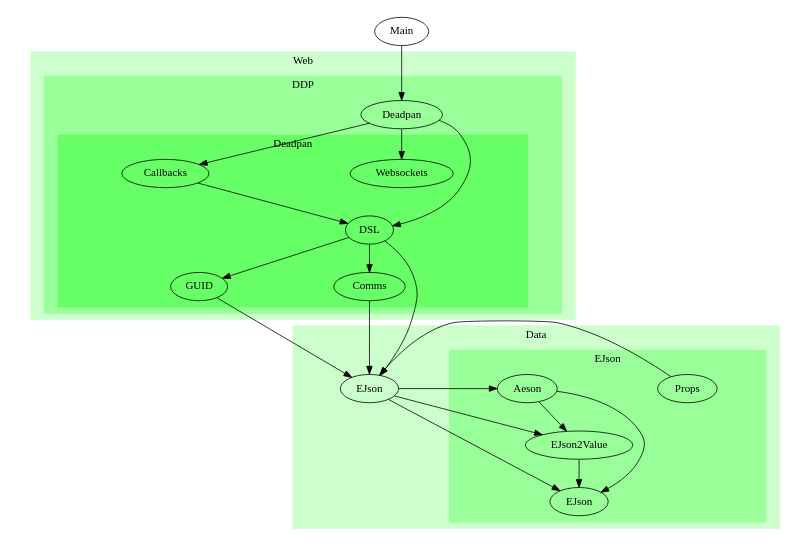
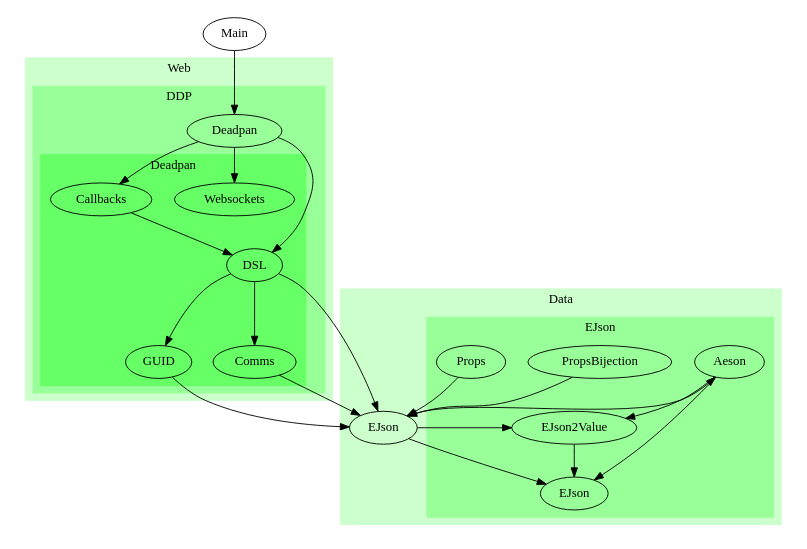
One commit to sordina/Deadpan-DDP changed the diagram in doc/modules.dot. Above: the diagram before and after it, drawn with Graphviz. The commit also changed 8 other files, not shown here.

```diff
--- a/doc/modules.dot
+++ b/doc/modules.dot
@@ -1,64 +1,66 @@
 digraph G {
 size="6,4";
 ratio="fill";
-u5[label="Main"];
+u6[label="Main"];
 subgraph cluster_0 {
 label="Data";
 color="#ccffcc";
 style="filled";
-u4[label="EJson"];
+u5[label="EJson"];
 subgraph cluster_1 {
 label="EJson";
 color="#99ff99";
 style="filled";
+u4[label="PropsBijection"];
 u3[label="Props"];
 u2[label="EJson2Value"];
 u1[label="EJson"];
 u0[label="Aeson"];
 
 }
 
 }
 subgraph cluster_2 {
 label="Web";
 color="#ccffcc";
 style="filled";
 subgraph cluster_3 {
 label="DDP";
 color="#99ff99";
 style="filled";
-u11[label="Deadpan"];
+u12[label="Deadpan"];
 subgraph cluster_4 {
 label="Deadpan";
 color="#66ff66";
 style="filled";
-u10[label="Websockets"];
-u9[label="GUID"];
-u8[label="DSL"];
-u7[label="Comms"];
-u6[label="Callbacks"];
+u11[label="Websockets"];
+u10[label="GUID"];
+u9[label="DSL"];
+u8[label="Comms"];
+u7[label="Callbacks"];
 
 }
 
 }
 
 }
 u0 -> u1;
 u0 -> u2;
 u2 -> u1;
-u3 -> u4;
-u4 -> u0;
-u4 -> u1;
-u4 -> u2;
-u5 -> u11;
-u6 -> u8;
-u7 -> u4;
-u8 -> u4;
-u8 -> u7;
-u8 -> u9;
-u9 -> u4;
-u11 -> u6;
-u11 -> u8;
-u11 -> u10;
+u3 -> u5;
+u4 -> u5;
+u5 -> u0;
+u5 -> u1;
+u5 -> u2;
+u6 -> u12;
+u7 -> u9;
+u8 -> u5;
+u9 -> u5;
+u9 -> u8;
+u9 -> u10;
+u10 -> u5;
+u12 -> u7;
+u12 -> u9;
+u12 -> u11;
 
 }
```
